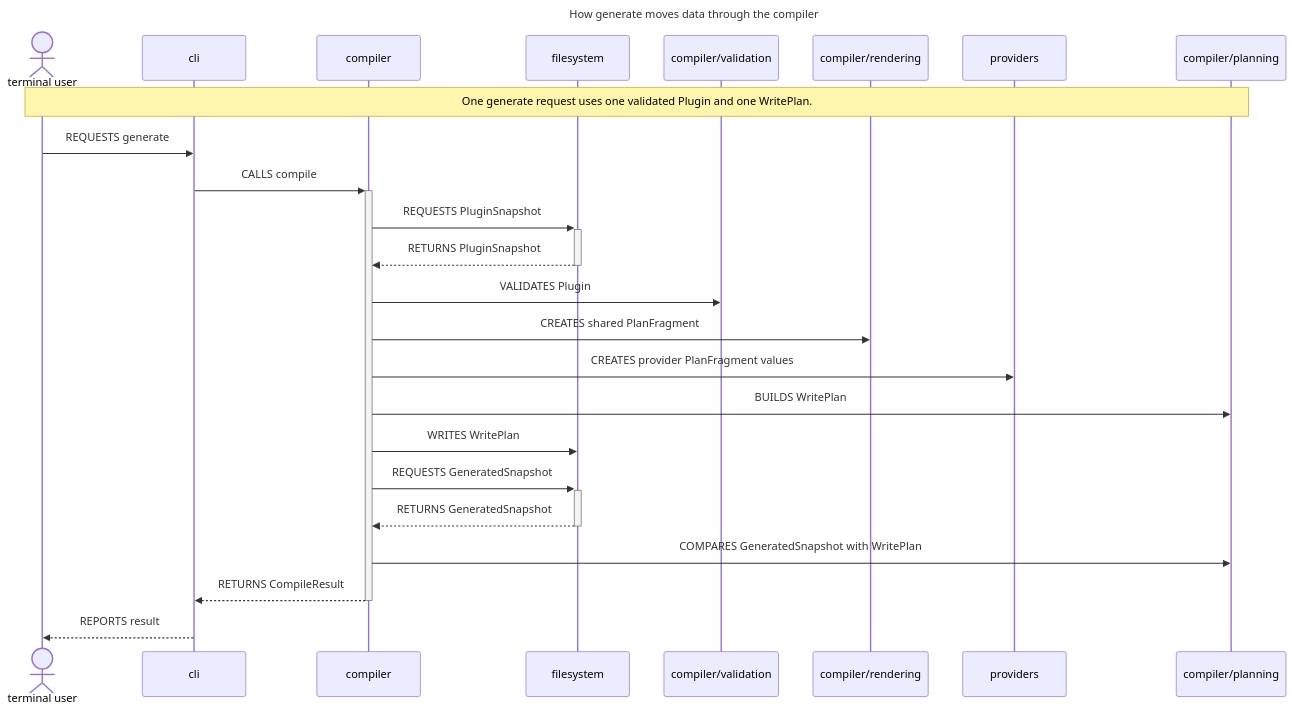
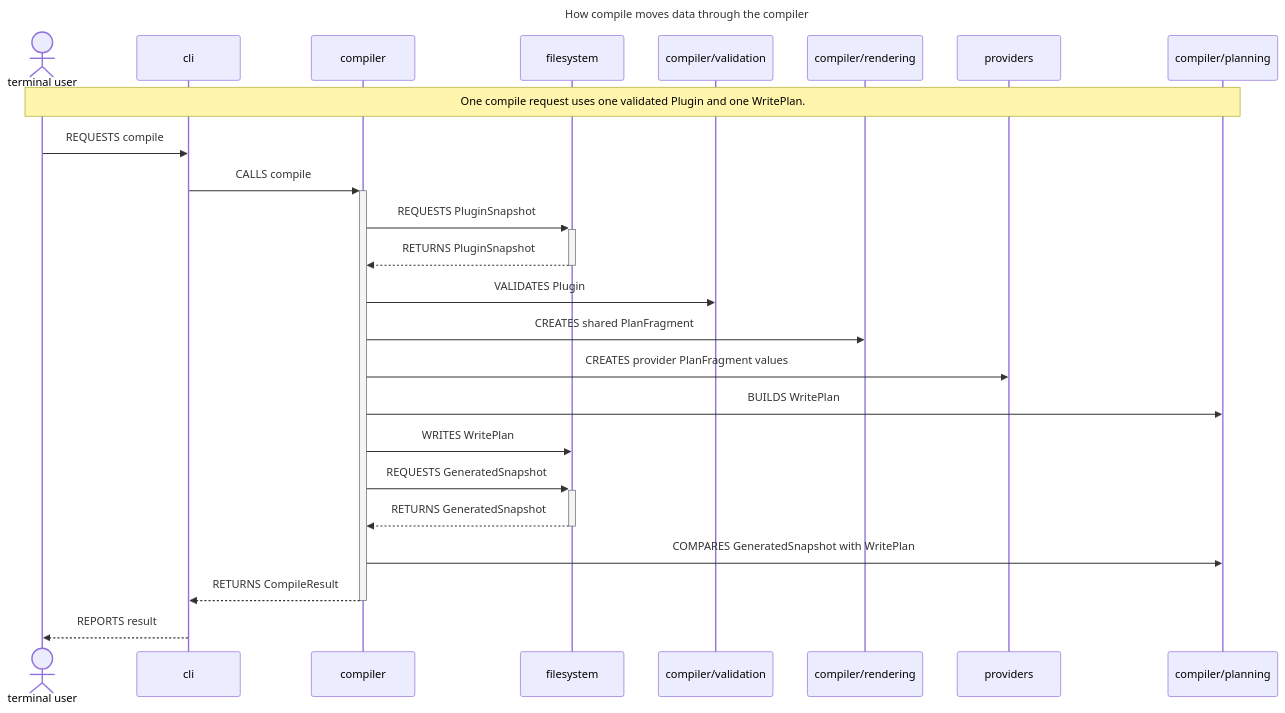
Before and after one commit to fam-tung-lam/ptlam-agent-plugin-compiler: the second of 9 diagrams in docs/ARCHITECTURE.md, drawn with Mermaid. The commit also changed other lines of this file and 13 other files, not shown here.

First line of the commit message:
feat(cli)!: Rename generate command to compile

````diff
--- a/docs/ARCHITECTURE.md
+++ b/docs/ARCHITECTURE.md
@@ -87,33 +87,33 @@
 ```mermaid
 ---
-title: How generate moves data through the compiler
+title: How compile moves data through the compiler
 config:
   htmlLabels: false
 ---
 sequenceDiagram
     actor TerminalUser as terminal user
     participant CommandLineInterface as cli
     participant CompilerFacade as compiler
     participant Filesystem as filesystem
     participant CompilerValidation as compiler/validation
     participant CompilerRendering as compiler/rendering
     participant Providers as providers
     participant CompilerPlanning as compiler/planning
 
-    Note over TerminalUser, CompilerPlanning: One generate request uses one validated Plugin and one WritePlan.
+    Note over TerminalUser, CompilerPlanning: One compile request uses one validated Plugin and one WritePlan.
 
-    TerminalUser ->> CommandLineInterface: REQUESTS generate
+    TerminalUser ->> CommandLineInterface: REQUESTS compile
     CommandLineInterface ->>+ CompilerFacade: CALLS compile
     CompilerFacade ->>+ Filesystem: REQUESTS PluginSnapshot
     Filesystem -->>- CompilerFacade: RETURNS PluginSnapshot
     CompilerFacade ->> CompilerValidation: VALIDATES Plugin
     CompilerFacade ->> CompilerRendering: CREATES shared PlanFragment
     CompilerFacade ->> Providers: CREATES provider PlanFragment values
     CompilerFacade ->> CompilerPlanning: BUILDS WritePlan
     CompilerFacade ->> Filesystem: WRITES WritePlan
     CompilerFacade ->>+ Filesystem: REQUESTS GeneratedSnapshot
     Filesystem -->>- CompilerFacade: RETURNS GeneratedSnapshot
     CompilerFacade ->> CompilerPlanning: COMPARES GeneratedSnapshot with WritePlan
     CompilerFacade -->>- CommandLineInterface: RETURNS CompileResult
     CommandLineInterface -->> TerminalUser: REPORTS result
 ```
````
